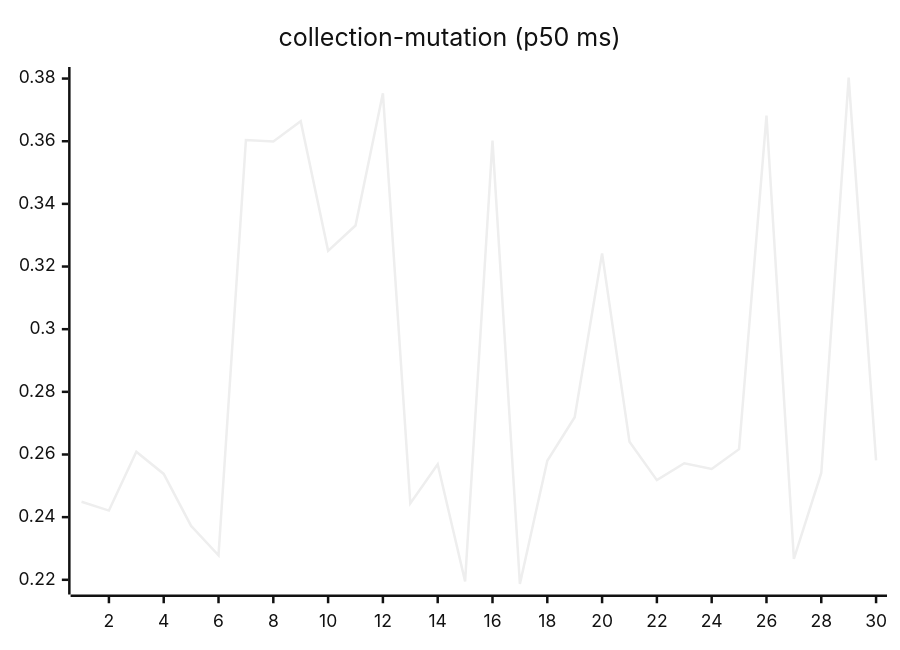
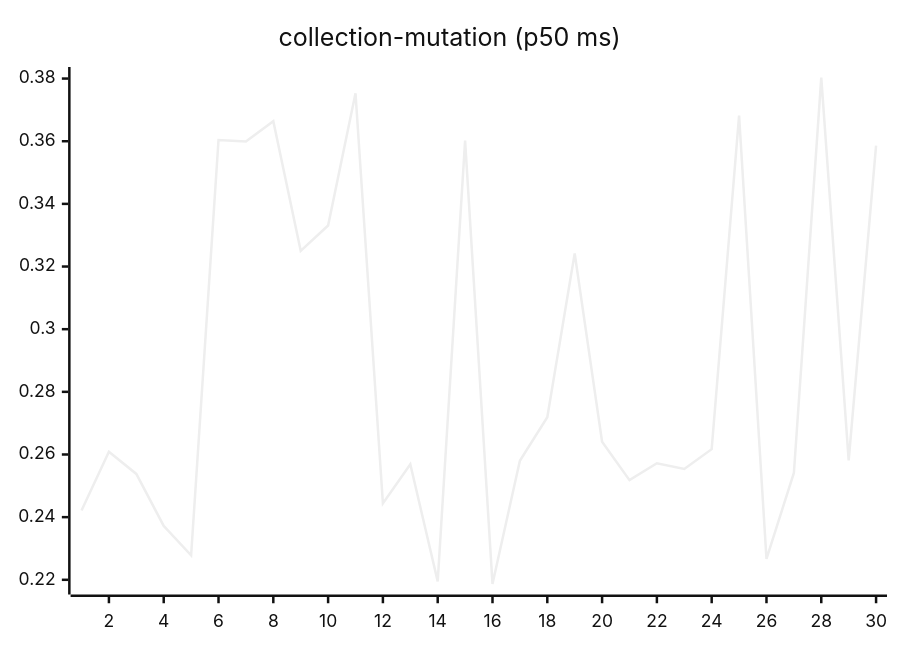
One commit to josha/Facet changed the sixth of 27 diagrams in README.md. Above: the diagram before and after it, drawn with Mermaid (neutral theme). The commit also changed other lines of this file and 2 other files, not shown here.

````diff
--- a/README.md
+++ b/README.md
@@ -98,6 +98,6 @@
 ```mermaid
 xychart-beta
     title "collection-mutation (p50 ms)"
     x-axis 1 --> 30
-    line [0.2449, 0.2421, 0.2609, 0.2538, 0.2372, 0.2278, 0.3604, 0.3599, 0.3664, 0.3250, 0.3331, 0.3753, 0.2444, 0.2569, 0.2195, 0.3602, 0.2187, 0.2580, 0.2719, 0.3242, 0.2641, 0.2518, 0.2572, 0.2554, 0.2617, 0.3682, 0.2267, 0.2541, 0.3803, 0.2581]
+    line [0.2421, 0.2609, 0.2538, 0.2372, 0.2278, 0.3604, 0.3599, 0.3664, 0.3250, 0.3331, 0.3753, 0.2444, 0.2569, 0.2195, 0.3602, 0.2187, 0.2580, 0.2719, 0.3242, 0.2641, 0.2518, 0.2572, 0.2554, 0.2617, 0.3682, 0.2267, 0.2541, 0.3803, 0.2581, 0.3586]
 ```
````
